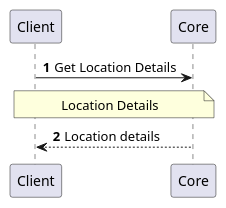
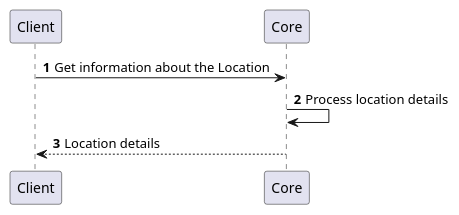
One commit to CZERTAINLY/CZERTAINLY-Documentation changed the sixth of 13 diagrams in docs/12-connectors/05-description/32-entity-provider.md. Above: the diagram before and after it, drawn with PlantUML. The commit also changed other lines of this file and 8 other files, not shown here.

First line of the commit message:
Update description of plantuml diagrams on the providers

````diff
--- a/docs/12-connectors/05-description/32-entity-provider.md
+++ b/docs/12-connectors/05-description/32-entity-provider.md
@@ -153,9 +123,9 @@
 ```plantuml
     @startuml
     autonumber
     skinparam topurl https://docs.czertainly.com/api/
-        Client -> Core [[core-location/#tag/Location-Management-API/operation/getLocation]]: Get Location Details
-        note over Client,Core: Location Details
+        Client -> Core [[core-location/#tag/Location-Management-API/operation/getLocation]]: Get information about the Location
+        Core -> Core: Process location details
         Core --> Client: Location details
     @enduml
 ```
````
